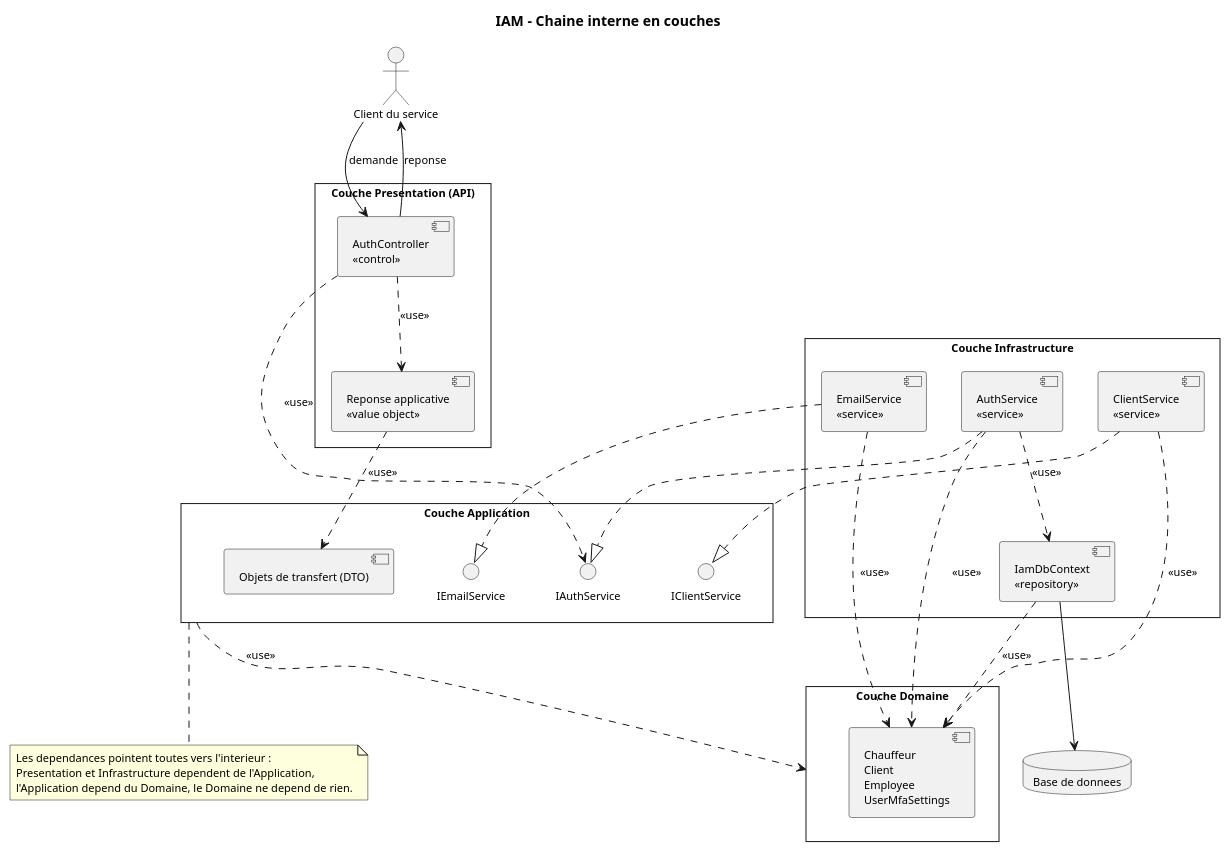
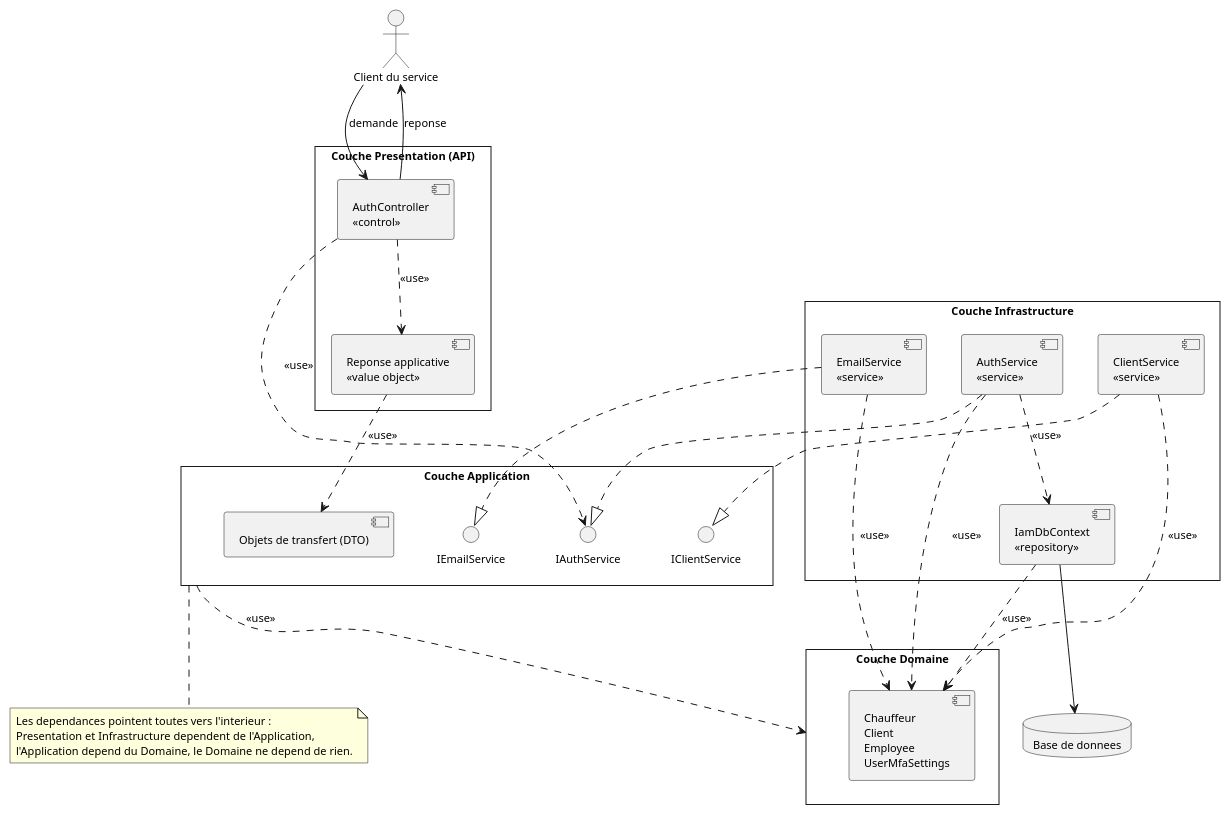
Before and after one commit to saber-barhoumi/Xpark-gmao: the diagram in docs/diagrams/microservices/IAM/IAM-service-flow.puml, drawn with PlantUML. The commit also changed 217 other files, not shown here.

```diff
--- a/docs/diagrams/microservices/IAM/IAM-service-flow.puml
+++ b/docs/diagrams/microservices/IAM/IAM-service-flow.puml
@@ -1,71 +1,69 @@
 @startuml
 skinparam style strictuml
 skinparam packageStyle rectangle
 skinparam classAttributeIconSize 0
 skinparam shadowing false
 skinparam defaultFontName Verdana
 skinparam defaultFontSize 11
 skinparam backgroundColor #FFFFFF
 hide empty members
-
-title IAM - Chaine interne en couches
 
 skinparam componentStyle rectangle
 
 actor "Client du service" as CLIENT
 
 package "Couche Presentation (API)" as P_API {
   component "AuthController\n<<control>>" as CTRL
   component "Reponse applicative\n<<value object>>" as RESP
 }
 
 package "Couche Application" as P_APP {
   interface "IAuthService" as IAuthService
   interface "IClientService" as IClientService
   interface "IEmailService" as IEmailService
   component "Objets de transfert (DTO)" as DTO
 }
 
 package "Couche Domaine" as P_DOM {
   component "Chauffeur\nClient\nEmployee\nUserMfaSettings" as ENT
 }
 
 package "Couche Infrastructure" as P_INF {
   component "AuthService\n<<service>>" as AuthService
   component "ClientService\n<<service>>" as ClientService
   component "EmailService\n<<service>>" as EmailService
   component "IamDbContext\n<<repository>>" as CTX
 }
 
 database "Base de donnees" as BD
 
 ' Flux de la demande, puis retour par le controleur
 CLIENT --> CTRL : demande
 CTRL --> CLIENT : reponse
 CTRL ..> IAuthService : << use >>
 CTRL ..> RESP : << use >>
 RESP ..> DTO : << use >>
 
 ' Inversion de dependance : l'Infrastructure realise les contrats
 ' declares par l'Application. Aucune fleche ne part de l'Application
 ' vers l'Infrastructure.
 AuthService ..|> IAuthService
 ClientService ..|> IClientService
 EmailService ..|> IEmailService
 
 AuthService ..> ENT : << use >>
 ClientService ..> ENT : << use >>
 EmailService ..> ENT : << use >>
 CTX ..> ENT : << use >>
 AuthService ..> CTX : << use >>
 CTX --> BD
 
 P_APP ..> P_DOM : << use >>
 
 note bottom of P_APP
   Les dependances pointent toutes vers l'interieur :
   Presentation et Infrastructure dependent de l'Application,
   l'Application depend du Domaine, le Domaine ne depend de rien.
 end note
 
 @enduml
```
